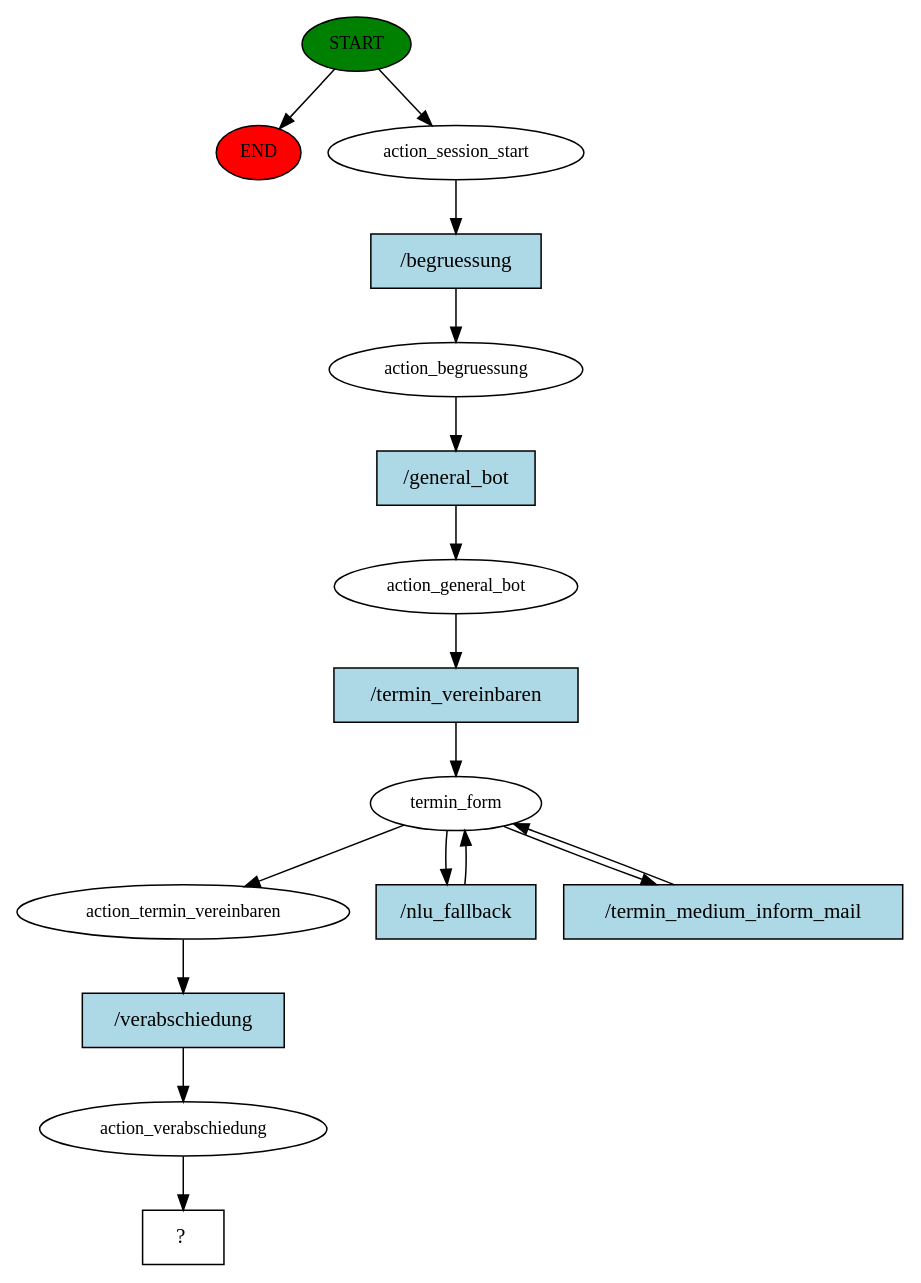
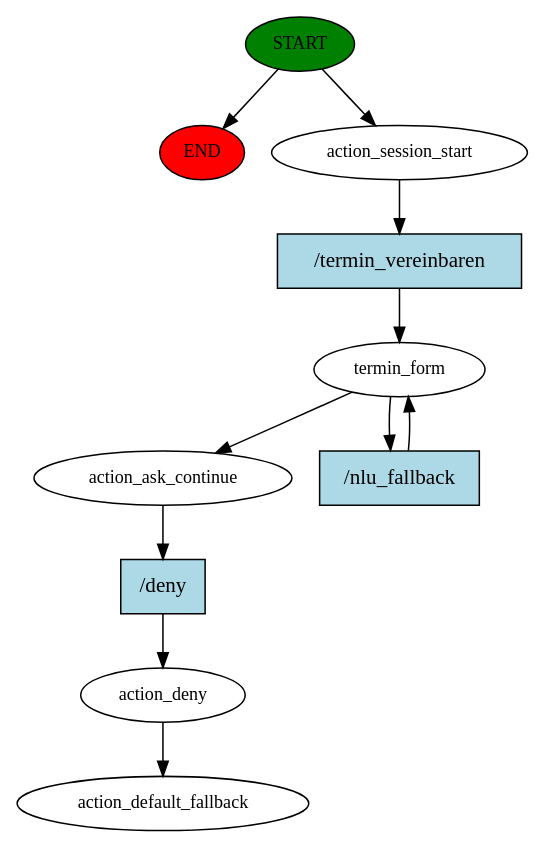
Before and after one commit to normanboettcher/BotPilot: the diagram in bot-pilot-chat/backend/rasa-actions/story_graph.dot, drawn with Graphviz. The commit also changed 27 other files, not shown here.

Commit message:
Milestone - Deny Rule works in termin_form

```diff
--- a/bot-pilot-chat/backend/rasa-actions/story_graph.dot
+++ b/bot-pilot-chat/backend/rasa-actions/story_graph.dot
@@ -1,33 +1,22 @@
 digraph  {
 0 [class="start active", fillcolor=green, fontsize=12, label=START, style=filled];
 "-1" [class=end, fillcolor=red, fontsize=12, label=END, style=filled];
 1 [class=active, fontsize=12, label=action_session_start];
-2 [class=active, fontsize=12, label=action_begruessung];
-3 [class=active, fontsize=12, label=action_general_bot];
-4 [class=active, fontsize=12, label=termin_form];
-7 [class=active, fontsize=12, label=action_termin_vereinbaren];
-8 [class=active, fontsize=12, label=action_verabschiedung];
-9 [class="intent dashed active", label="  ?  ", shape=rect];
-10 [class="intent active", fillcolor=lightblue, label="/begruessung", shape=rect, style=filled];
-11 [class="intent active", fillcolor=lightblue, label="/general_bot", shape=rect, style=filled];
-12 [class="intent active", fillcolor=lightblue, label="/termin_vereinbaren", shape=rect, style=filled];
-13 [class="intent active", fillcolor=lightblue, label="/nlu_fallback", shape=rect, style=filled];
-14 [class="intent active", fillcolor=lightblue, label="/termin_medium_inform_mail", shape=rect, style=filled];
-15 [class="intent active", fillcolor=lightblue, label="/verabschiedung", shape=rect, style=filled];
+2 [class=active, fontsize=12, label=termin_form];
+6 [class=active, fontsize=12, label=action_ask_continue];
+7 [class=active, fontsize=12, label=action_deny];
+8 [class="dashed active", fontsize=12, label=action_default_fallback];
+9 [class="intent active", fillcolor=lightblue, label="/termin_vereinbaren", shape=rect, style=filled];
+10 [class="intent active", fillcolor=lightblue, label="/nlu_fallback", shape=rect, style=filled];
+11 [class="intent active", fillcolor=lightblue, label="/deny", shape=rect, style=filled];
 0 -> "-1"  [class="", key=NONE, label=""];
 0 -> 1  [class=active, key=NONE, label=""];
-1 -> 10  [class=active, key=0];
-2 -> 11  [class=active, key=0];
-3 -> 12  [class=active, key=0];
-4 -> 7  [class=active, key=NONE, label=""];
-4 -> 13  [class=active, key=0];
-4 -> 14  [class=active, key=0];
-7 -> 15  [class=active, key=0];
-8 -> 9  [class=active, key=NONE, label=""];
+1 -> 9  [class=active, key=0];
+2 -> 6  [class=active, key=NONE, label=""];
+2 -> 10  [class=active, key=0];
+6 -> 11  [class=active, key=0];
+7 -> 8  [class=active, key=NONE, label=""];
+9 -> 2  [class=active, key=0];
 10 -> 2  [class=active, key=0];
-11 -> 3  [class=active, key=0];
-12 -> 4  [class=active, key=0];
-13 -> 4  [class=active, key=0];
-14 -> 4  [class=active, key=0];
-15 -> 8  [class=active, key=0];
+11 -> 7  [class=active, key=0];
 }
```
